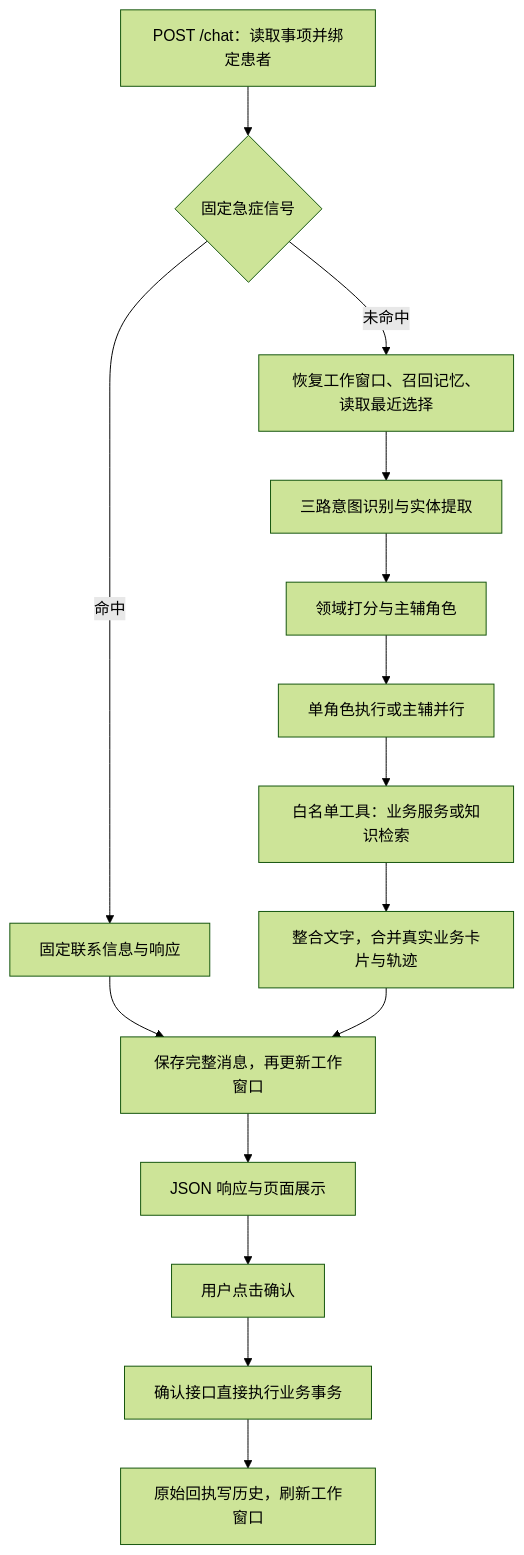
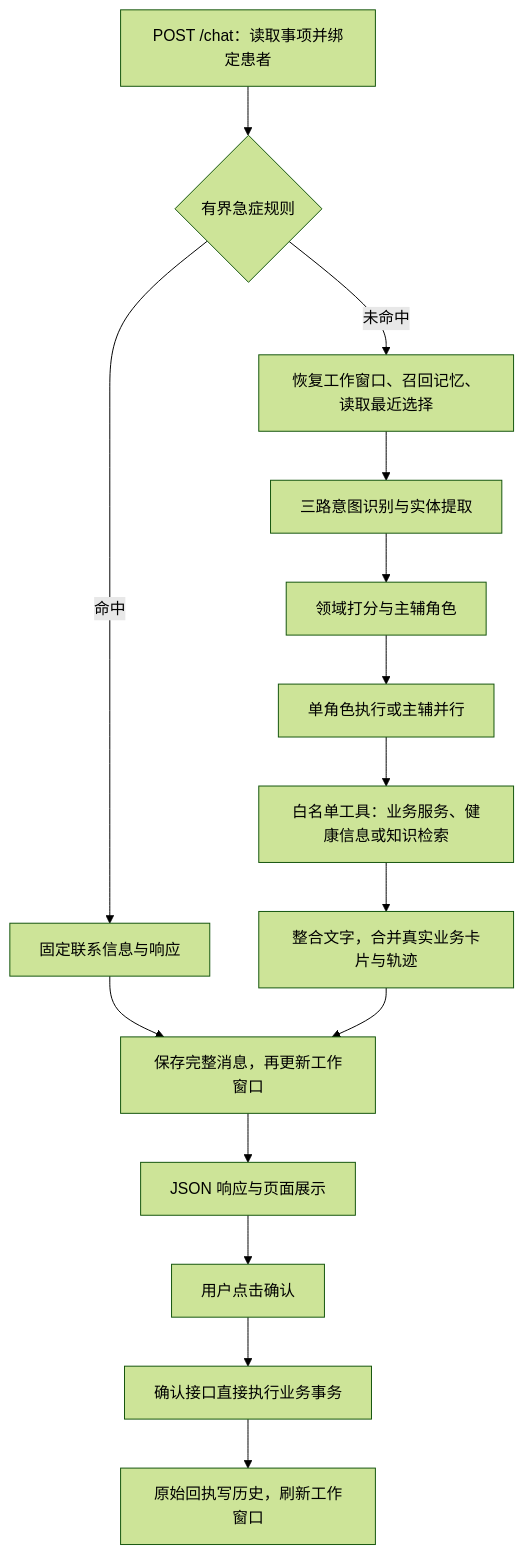
Before and after one commit to Ruacha00/MediPet: the diagram in docs/architecture.md, drawn with Mermaid (forest theme). The commit also changed other lines of this file and 151 other files, not shown here.

````diff
--- a/docs/architecture.md
+++ b/docs/architecture.md
@@ -11,17 +11,17 @@
 ```mermaid
 flowchart TD
-    A[POST /chat：读取事项并绑定患者] --> B{固定急症信号}
+    A[POST /chat：读取事项并绑定患者] --> B{有界急症规则}
     B -->|命中| C[固定联系信息与响应]
     B -->|未命中| D[恢复工作窗口、召回记忆、读取最近选择]
     D --> E[三路意图识别与实体提取]
     E --> F[领域打分与主辅角色]
     F --> G[单角色执行或主辅并行]
-    G --> H[白名单工具：业务服务或知识检索]
+    G --> H[白名单工具：业务服务、健康信息或知识检索]
     H --> I[整合文字，合并真实业务卡片与轨迹]
     C --> J[保存完整消息，再更新工作窗口]
     I --> J
     J --> K[JSON 响应与页面展示]
     K --> L[用户点击确认]
     L --> M[确认接口直接执行业务事务]
     M --> N[原始回执写历史，刷新工作窗口]
 ```
````
